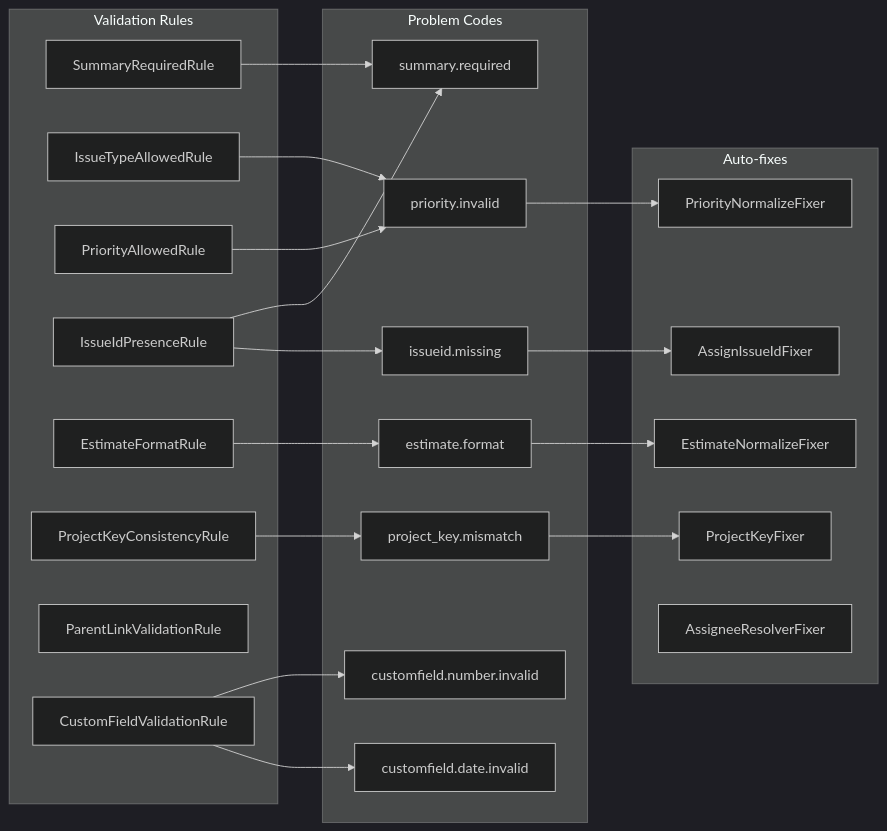
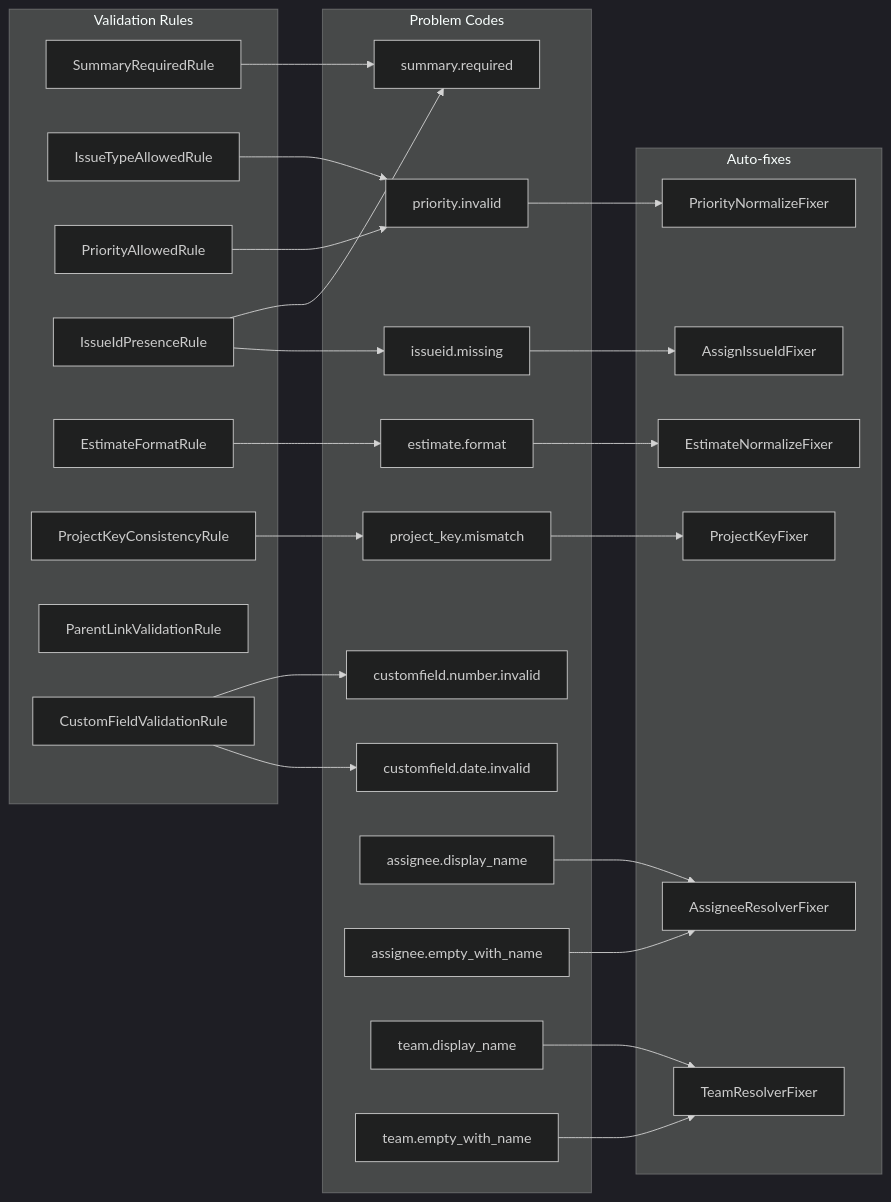
One commit to DeerHide/jira-toolkit changed the fifth of 6 diagrams in docs/ARCHITECTURE.md. Above: the diagram before and after it, drawn with Mermaid (dark theme). The commit also changed other lines of this file and 3 other files, not shown here.

````diff
--- a/docs/ARCHITECTURE.md
+++ b/docs/ARCHITECTURE.md
@@ -328,46 +328,55 @@
 ```mermaid
 graph LR
     subgraph "Validation Rules"
         A1[SummaryRequiredRule]
         A2[IssueTypeAllowedRule]
         A3[PriorityAllowedRule]
         A4[IssueIdPresenceRule]
         A5[EstimateFormatRule]
         A6[ProjectKeyConsistencyRule]
         A7[ParentLinkValidationRule]
         A8[CustomFieldValidationRule]
     end
 
     subgraph "Auto-fixes"
         B1[PriorityNormalizeFixer]
         B2[EstimateNormalizeFixer]
         B3[ProjectKeyFixer]
         B4[AssignIssueIdFixer]
         B5[AssigneeResolverFixer]
+        B6[TeamResolverFixer]
     end
 
     subgraph "Problem Codes"
         C1[summary.required]
         C2[priority.invalid]
         C3[estimate.format]
         C4[project_key.mismatch]
         C5[issueid.missing]
         C6[customfield.number.invalid]
         C7[customfield.date.invalid]
+        C8[assignee.display_name]
+        C9[assignee.empty_with_name]
+        C10[team.display_name]
+        C11[team.empty_with_name]
     end
 
     A1 --> C1
     A2 --> C2
     A3 --> C2
     A4 --> C1
     A5 --> C3
     A6 --> C4
     A4 --> C5
     A8 --> C6
     A8 --> C7
 
     C2 --> B1
     C3 --> B2
     C4 --> B3
     C5 --> B4
+    C8 --> B5
+    C9 --> B5
+    C10 --> B6
+    C11 --> B6
 ```
````
